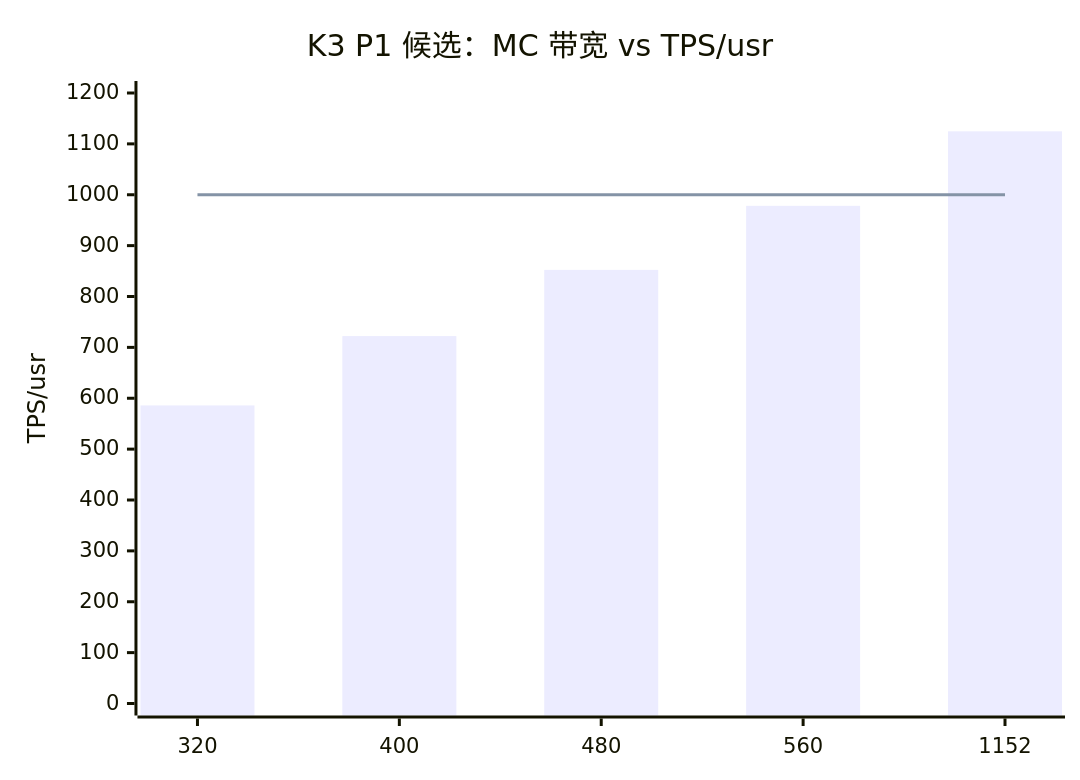
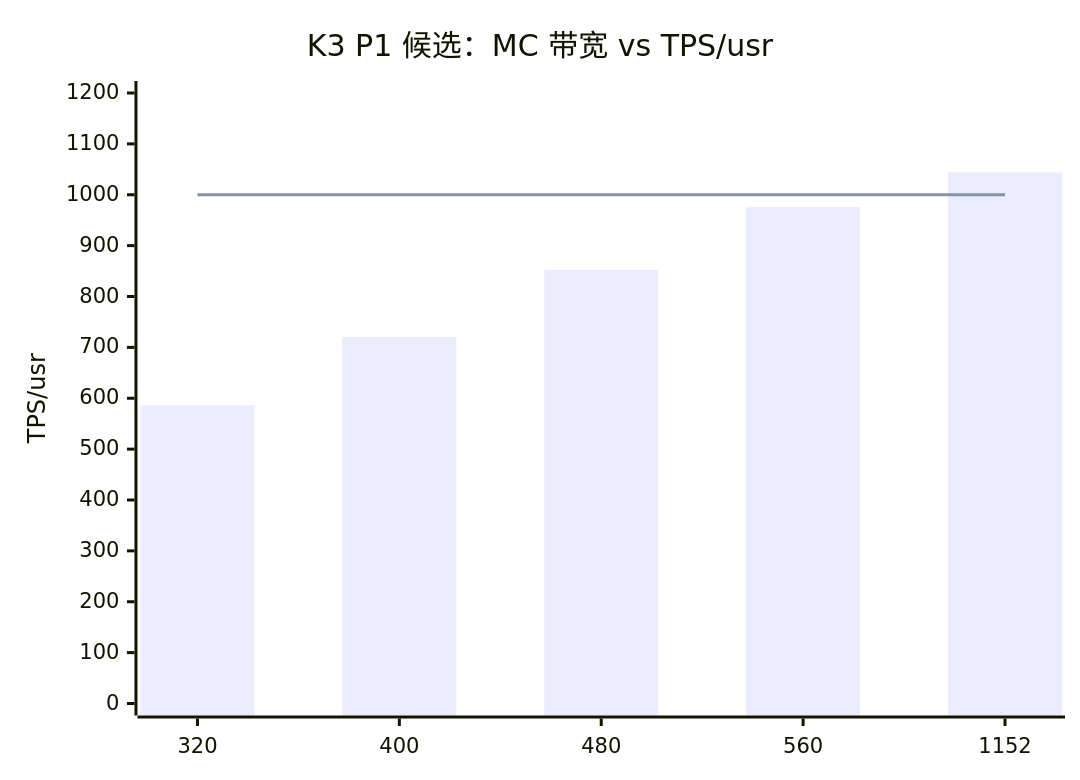
One commit to xqdan/xihu changed the fourth of 6 diagrams in teams/hardware/docs/04_MEMORY_SUBSYSTEM_MC.md. Above: the diagram before and after it, drawn with Mermaid. The commit also changed other lines of this file and 38 other files, not shown here.

````diff
--- a/teams/hardware/docs/04_MEMORY_SUBSYSTEM_MC.md
+++ b/teams/hardware/docs/04_MEMORY_SUBSYSTEM_MC.md
@@ -133,8 +133,8 @@
 ```mermaid
 xychart-beta
   title "K3 P1 候选：MC 带宽 vs TPS/usr"
   x-axis ["320", "400", "480", "560", "1152"]
   y-axis "TPS/usr" 0 --> 1200
-  bar [585.93, 722.17, 852.32, 978.18, 1124.70]
+  bar [585.94, 720.17, 852.24, 975.56, 1043.96]
   line [1000, 1000, 1000, 1000, 1000]
 ```
````
